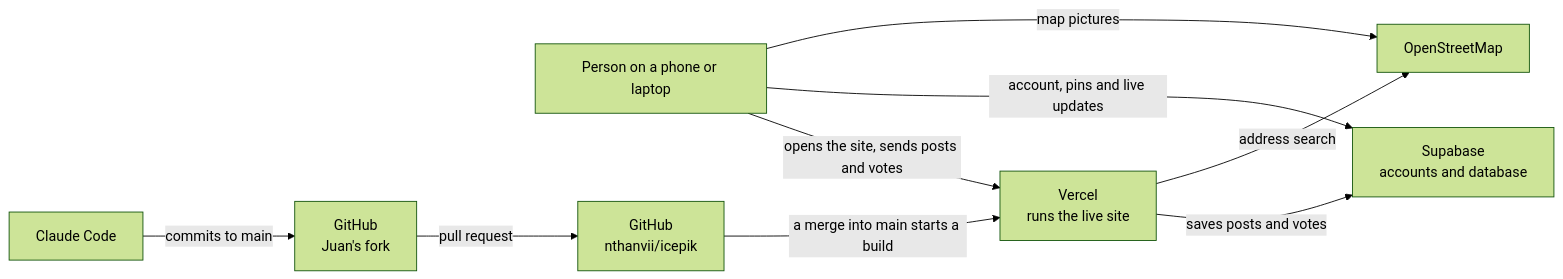
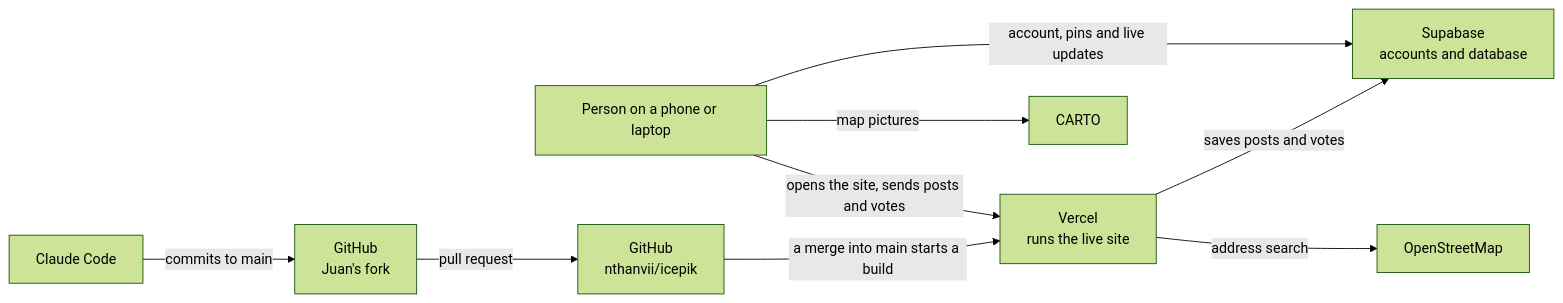
One commit to jmelv-git/icepik changed the diagram in README.md. Above: the diagram before and after it, drawn with Mermaid (forest theme). The commit also changed other lines of this file and 9 other files, not shown here.

First line of the commit message:
Use CARTO Positron for the map

````diff
--- a/README.md
+++ b/README.md
@@ -78,11 +87,11 @@
 ```mermaid
 flowchart LR
     U[Person on a phone or laptop] -->|opens the site, sends posts and votes| V[Vercel<br/>runs the live site]
     U -->|account, pins and live updates| S[Supabase<br/>accounts and database]
     V -->|saves posts and votes| S
-    U -->|map pictures| O[OpenStreetMap]
-    V -->|address search| O
+    U -->|map pictures| M[CARTO]
+    V -->|address search| O[OpenStreetMap]
     CC[Claude Code] -->|commits to main| F[GitHub<br/>Juan's fork]
     F -->|pull request| G[GitHub<br/>nthanvii/icepik]
     G -->|a merge into main starts a build| V
 ```
````
